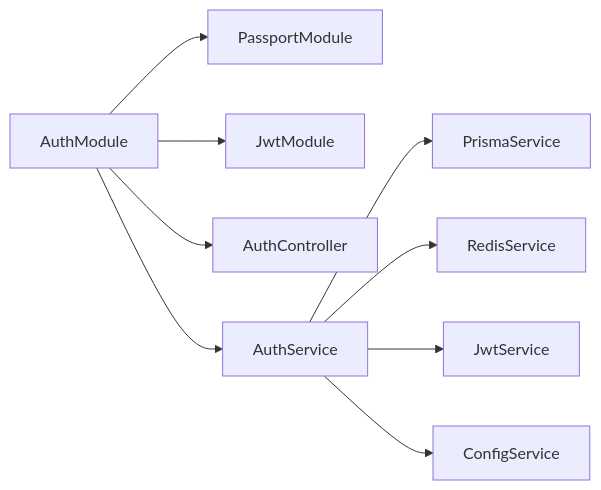
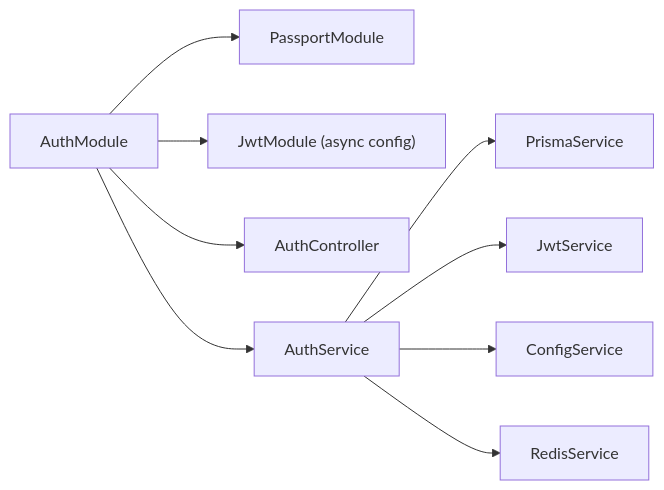
The eighth of 8 diagrams in .qoder/repowiki/en/content/Core Modules/Authentication Module.md (Avi-Bendetsky/Quiz-to-build), drawn with Mermaid before and after one commit. The commit also changed other lines of this file and 41 other files, not shown here.

````diff
--- a/.qoder/repowiki/en/content/Core Modules/Authentication Module.md
+++ b/.qoder/repowiki/en/content/Core Modules/Authentication Module.md
@@ -425,11 +343,11 @@
 ```mermaid
 graph LR
 AM["AuthModule"] --> PM["PassportModule"]
-AM --> JM["JwtModule"]
+AM --> JM["JwtModule (async config)"]
 AM --> AC["AuthController"]
 AM --> AS["AuthService"]
 AS --> PRISMA["PrismaService"]
-AS --> REDIS["RedisService"]
 AS --> JWT["JwtService"]
 AS --> CFG["ConfigService"]
+AS --> REDIS["RedisService"]
 ```
````
